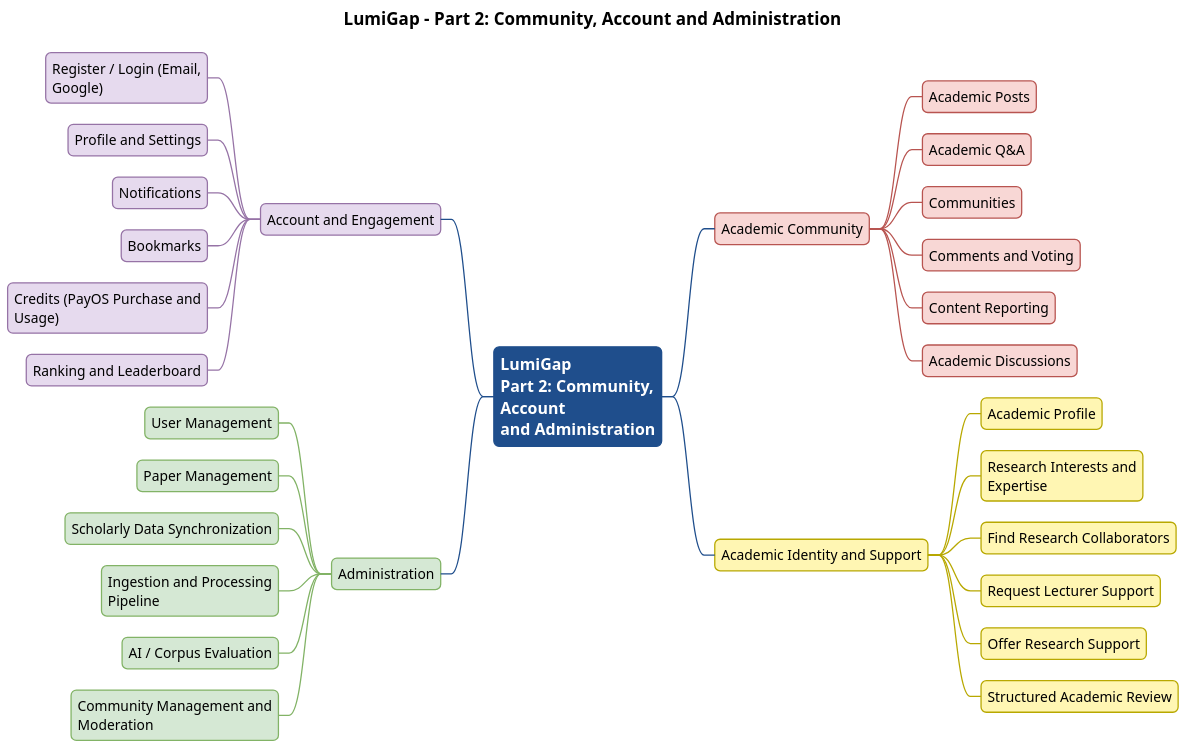
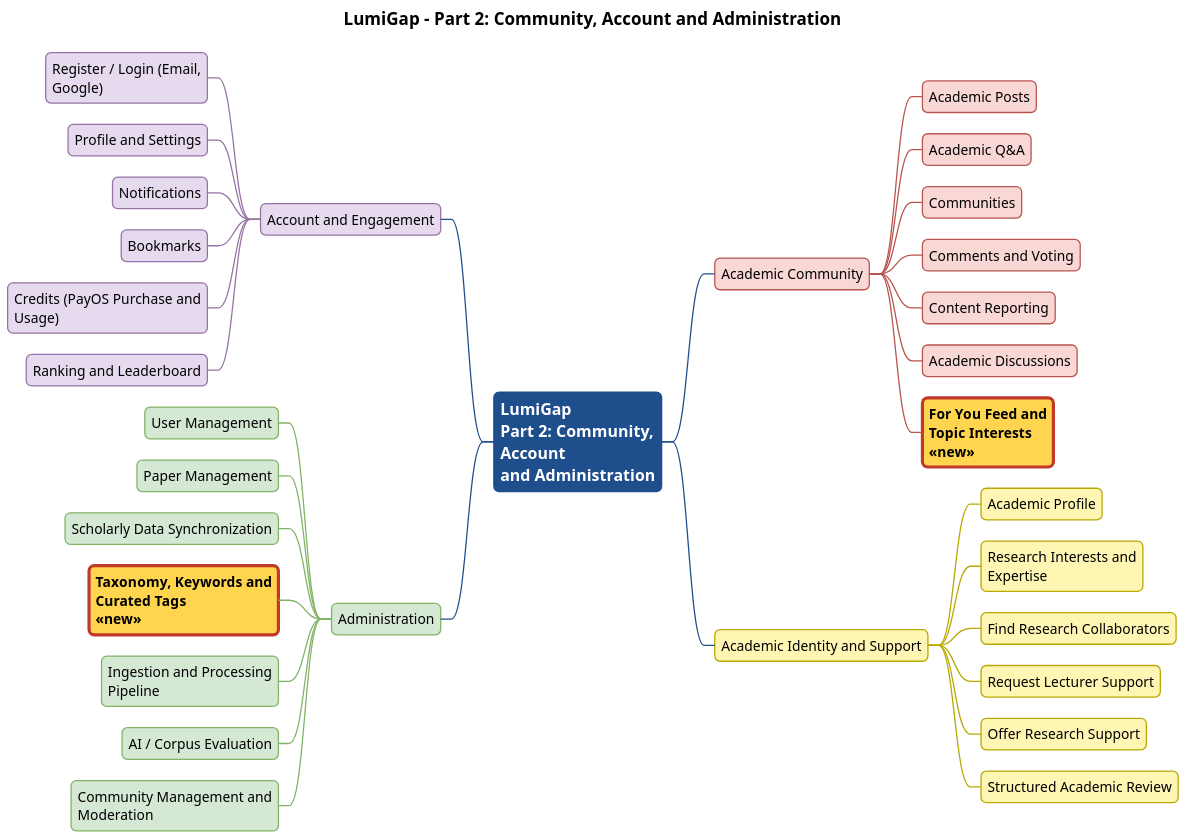
Before and after one commit to Khoa-Hoa-Technology-Solution-Company/lumi-gap: the diagram in docs/diagrams/report1/R1_FeatureMap_Part2_Community.puml, drawn with PlantUML. The commit also changed 48 other files, not shown here.

First line of the commit message:
docs: update diagrams to main 38bd889

```diff
--- a/docs/diagrams/report1/R1_FeatureMap_Part2_Community.puml
+++ b/docs/diagrams/report1/R1_FeatureMap_Part2_Community.puml
@@ -1,79 +1,81 @@
 @startmindmap
 !pragma layout smetana
 skinparam dpi 150
 skinparam defaultFontName "Segoe UI"
 skinparam defaultFontSize 13
 skinparam shadowing false
 skinparam roundCorner 10
 skinparam ArrowColor #4A5A6A
 skinparam ArrowThickness 1.2
 skinparam BorderColor #2F6DB5
 skinparam BackgroundColor #FFFFFF
 skinparam TitleFontSize 16
 skinparam TitleFontStyle bold
 <style>
 mindmapDiagram {
   node { FontSize 13
     RoundCorner 10
     LineThickness 1.2
     Padding 6
     MaximumWidth 190 }
   :depth(0) { BackgroundColor #1F4E8C
     FontColor #FFFFFF
     LineColor #1F4E8C
     FontStyle bold
     FontSize 15 }
   .g1 { BackgroundColor #DCE8F6
     LineColor #2F6DB5 }
   .g2 { BackgroundColor #F8D7D5
     LineColor #B85450 }
   .g3 { BackgroundColor #DDEFC4
     LineColor #6A8F00 }
   .g4 { BackgroundColor #FFE6CC
     LineColor #D79B00 }
   .g5 { BackgroundColor #F8D7D5
     LineColor #B85450 }
   .g6 { BackgroundColor #FFF6B3
     LineColor #B8A800 }
   .g7 { BackgroundColor #E6DAEE
     LineColor #9673A6 }
   .g8 { BackgroundColor #D5E8D4
     LineColor #82B366 }
   .new { BackgroundColor #FFD54F
     LineColor #C0392B
     LineThickness 3
     FontStyle bold }
 }
 </style>
 title LumiGap - Part 2: Community, Account and Administration
 * LumiGap\nPart 2: Community, Account\nand Administration
 ** Academic Community <<g5>>
 *** Academic Posts <<g5>>
 *** Academic Q&A <<g5>>
 *** Communities <<g5>>
 *** Comments and Voting <<g5>>
 *** Content Reporting <<g5>>
 *** Academic Discussions <<g5>>
+*** For You Feed and\nTopic Interests\n«new» <<new>>
 ** Academic Identity and Support <<g6>>
 *** Academic Profile <<g6>>
 *** Research Interests and Expertise <<g6>>
 *** Find Research Collaborators <<g6>>
 *** Request Lecturer Support <<g6>>
 *** Offer Research Support <<g6>>
 *** Structured Academic Review <<g6>>
 left side
 ** Account and Engagement <<g7>>
 *** Register / Login (Email, Google) <<g7>>
 *** Profile and Settings <<g7>>
 *** Notifications <<g7>>
 *** Bookmarks <<g7>>
 *** Credits (PayOS Purchase and Usage) <<g7>>
 *** Ranking and Leaderboard <<g7>>
 ** Administration <<g8>>
 *** User Management <<g8>>
 *** Paper Management <<g8>>
 *** Scholarly Data Synchronization <<g8>>
+*** Taxonomy, Keywords and\nCurated Tags\n«new» <<new>>
 *** Ingestion and Processing Pipeline <<g8>>
 *** AI / Corpus Evaluation <<g8>>
 *** Community Management and Moderation <<g8>>
 @endmindmap
```
